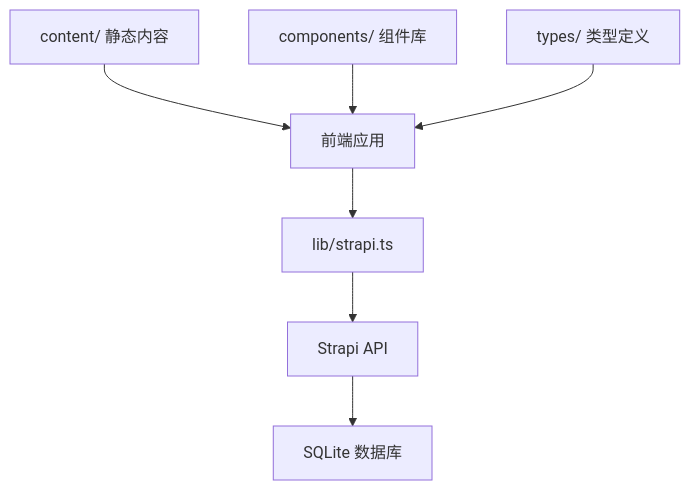
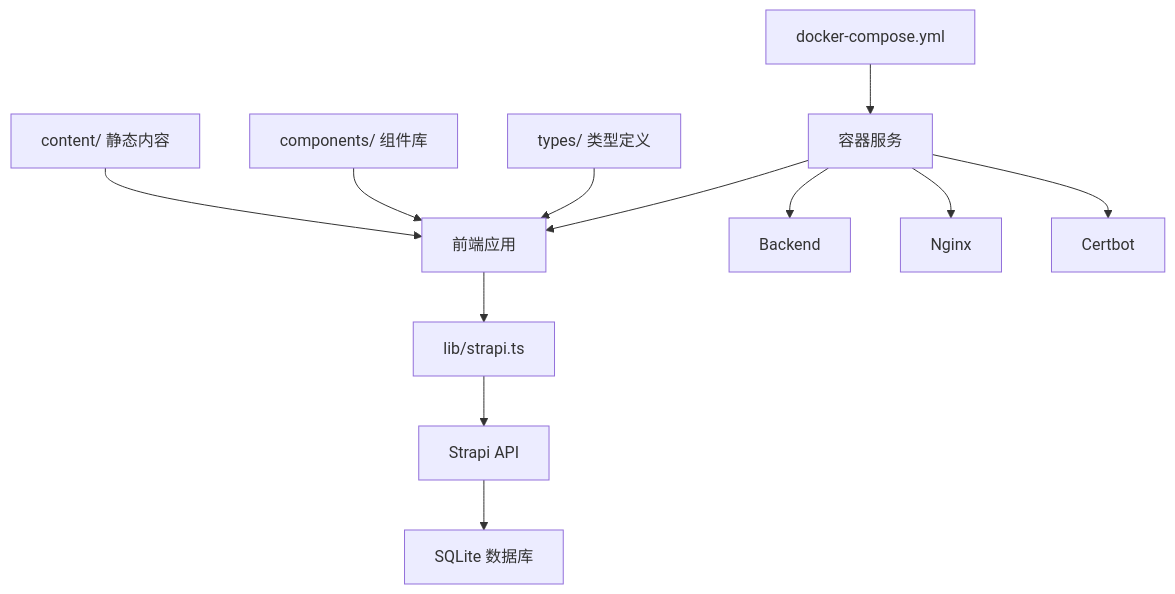
One commit to Will0253/zczk changed the fifth of 5 diagrams in .qoder/repowiki/zh/content/规格文档/规格文档.md. Above: the diagram before and after it, drawn with Mermaid. The commit also changed other lines of this file and 13 other files, not shown here.

````diff
--- a/.qoder/repowiki/zh/content/规格文档/规格文档.md
+++ b/.qoder/repowiki/zh/content/规格文档/规格文档.md
@@ -385,9 +333,14 @@
 ```mermaid
 graph TB
 Frontend["前端应用"] --> StrapiClient["lib/strapi.ts"]
 StrapiClient --> StrapiAPI["Strapi API"]
 StrapiAPI --> Database["SQLite 数据库"]
 Content["content/ 静态内容"] --> Frontend
 Components["components/ 组件库"] --> Frontend
 Types["types/ 类型定义"] --> Frontend
+DockerCompose["docker-compose.yml"] --> Services["容器服务"]
+Services --> Frontend
+Services --> Backend
+Services --> Nginx
+Services --> Certbot
 ```
````
